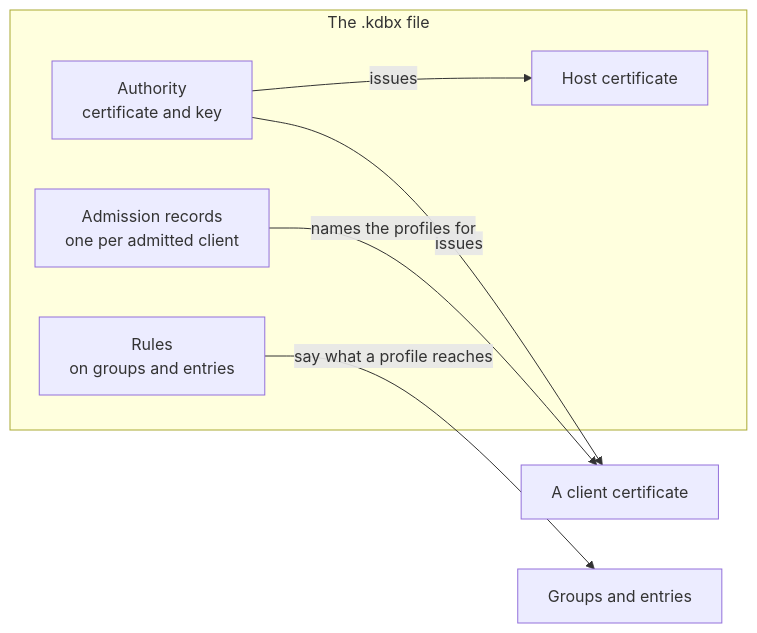
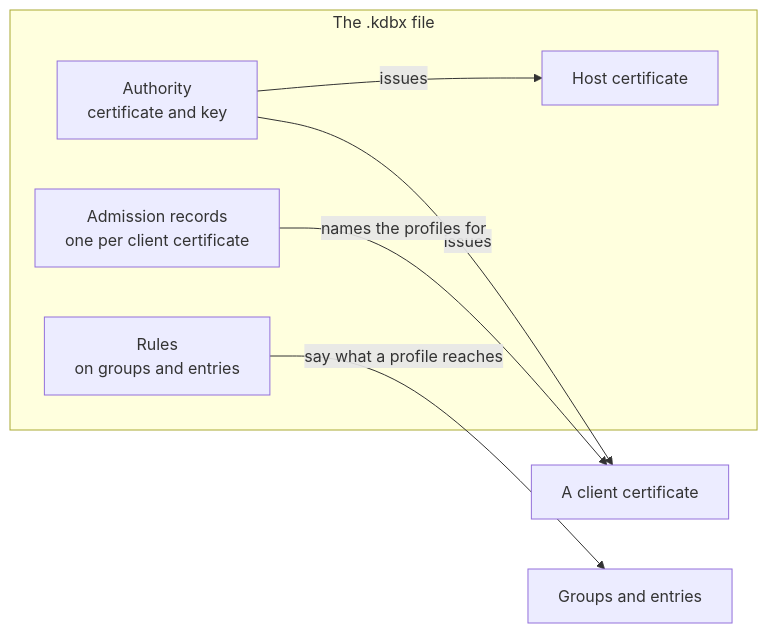
Before and after one commit to mfrnd/KeePassGate: the second of 3 diagrams in docs/architecture.md, drawn with Mermaid. The commit also changed other lines of this file and 142 other files, not shown here.

````diff
--- a/docs/architecture.md
+++ b/docs/architecture.md
@@ -54,14 +54,14 @@
 ```mermaid
 flowchart LR
     subgraph kdbx["The .kdbx file"]
         ca["Authority<br/>certificate and key"]
         host["Host certificate"]
-        records["Admission records<br/>one per admitted client"]
+        records["Admission records<br/>one per client certificate"]
         rules["Rules<br/>on groups and entries"]
     end
 
     ca -->|issues| host
     ca -->|issues| clientCertificate["A client certificate"]
     records -->|names the profiles for| clientCertificate
     rules -->|say what a profile reaches| tree["Groups and entries"]
 ```
````
